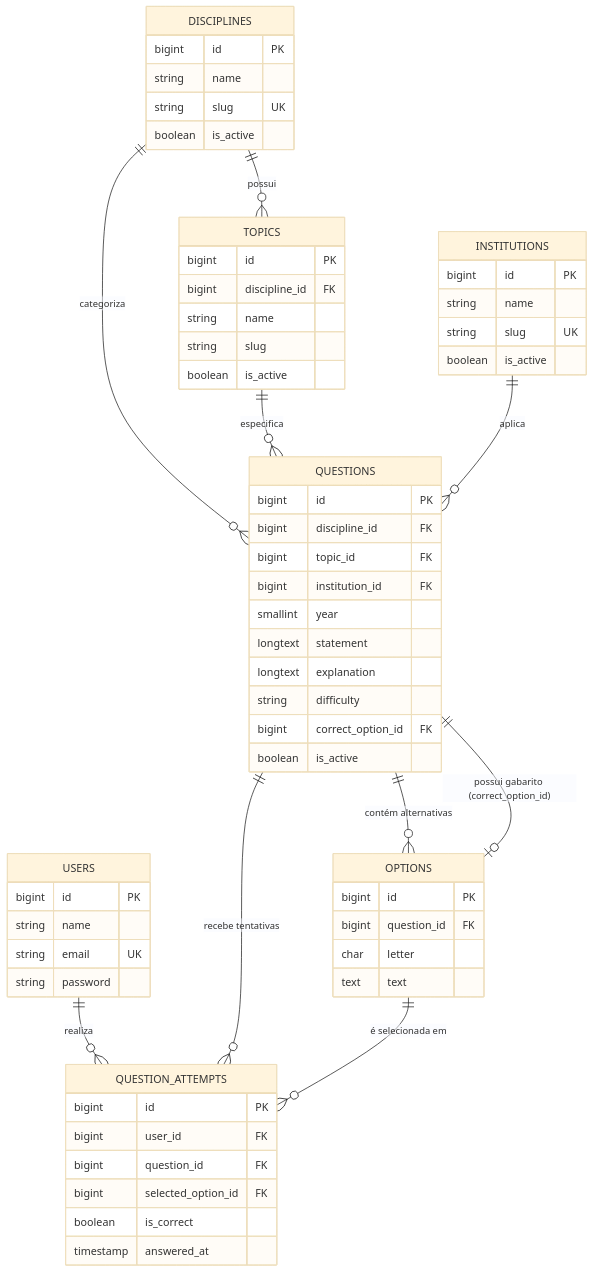
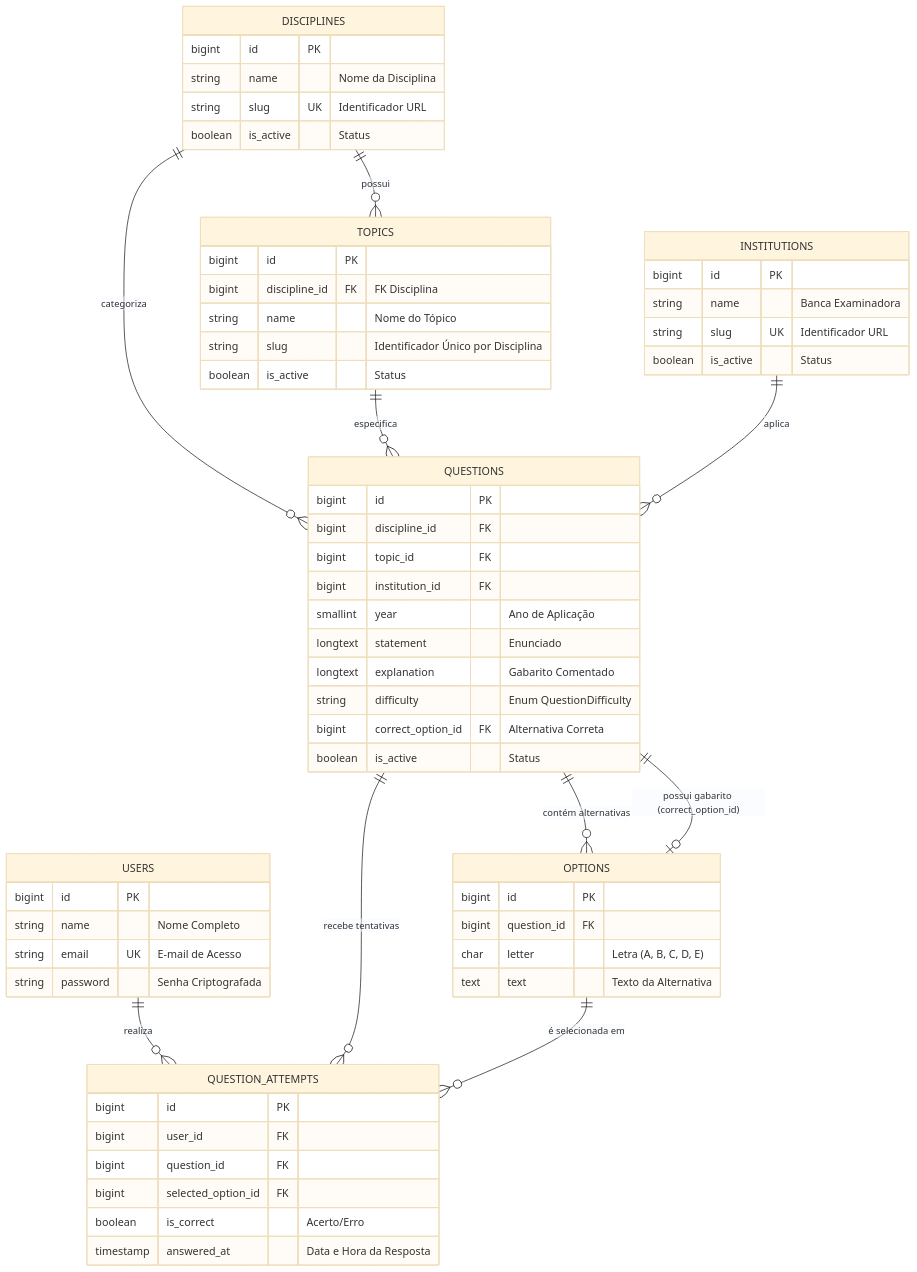
One commit to jedunatal/aprovei-direto changed the second of 2 diagrams in README.md. Above: the diagram before and after it, drawn with Mermaid (base theme). The commit also changed other lines of this file, not shown here.

````diff
--- a/README.md
+++ b/README.md
@@ -66,70 +141,70 @@
 ```mermaid
 erDiagram
     DISCIPLINES ||--o{ TOPICS : "possui"
     DISCIPLINES ||--o{ QUESTIONS : "categoriza"
     TOPICS ||--o{ QUESTIONS : "especifica"
     INSTITUTIONS ||--o{ QUESTIONS : "aplica"
     QUESTIONS ||--o{ OPTIONS : "contém alternativas"
     QUESTIONS ||--o| OPTIONS : "possui gabarito (correct_option_id)"
     USERS ||--o{ QUESTION_ATTEMPTS : "realiza"
     QUESTIONS ||--o{ QUESTION_ATTEMPTS : "recebe tentativas"
     OPTIONS ||--o{ QUESTION_ATTEMPTS : "é selecionada em"
 
     DISCIPLINES {
         bigint id PK
-        string name
-        string slug UK
-        boolean is_active
+        string name "Nome da Disciplina"
+        string slug UK "Identificador URL"
+        boolean is_active "Status"
     }
 
     TOPICS {
         bigint id PK
-        bigint discipline_id FK
-        string name
-        string slug
-        boolean is_active
+        bigint discipline_id FK "FK Disciplina"
+        string name "Nome do Tópico"
+        string slug "Identificador Único por Disciplina"
+        boolean is_active "Status"
     }
 
     INSTITUTIONS {
         bigint id PK
-        string name
-        string slug UK
-        boolean is_active
+        string name "Banca Examinadora"
+        string slug UK "Identificador URL"
+        boolean is_active "Status"
     }
 
     QUESTIONS {
         bigint id PK
         bigint discipline_id FK
         bigint topic_id FK
         bigint institution_id FK
-        smallint year
-        longtext statement
-        longtext explanation
-        string difficulty
-        bigint correct_option_id FK
-        boolean is_active
+        smallint year "Ano de Aplicação"
+        longtext statement "Enunciado"
+        longtext explanation "Gabarito Comentado"
+        string difficulty "Enum QuestionDifficulty"
+        bigint correct_option_id FK "Alternativa Correta"
+        boolean is_active "Status"
     }
 
     OPTIONS {
         bigint id PK
         bigint question_id FK
-        char letter
-        text text
+        char letter "Letra (A, B, C, D, E)"
+        text text "Texto da Alternativa"
     }
 
     QUESTION_ATTEMPTS {
         bigint id PK
         bigint user_id FK
         bigint question_id FK
         bigint selected_option_id FK
-        boolean is_correct
-        timestamp answered_at
+        boolean is_correct "Acerto/Erro"
+        timestamp answered_at "Data e Hora da Resposta"
     }
 
     USERS {
         bigint id PK
-        string name
-        string email UK
-        string password
+        string name "Nome Completo"
+        string email UK "E-mail de Acesso"
+        string password "Senha Criptografada"
     }
 ```
````
